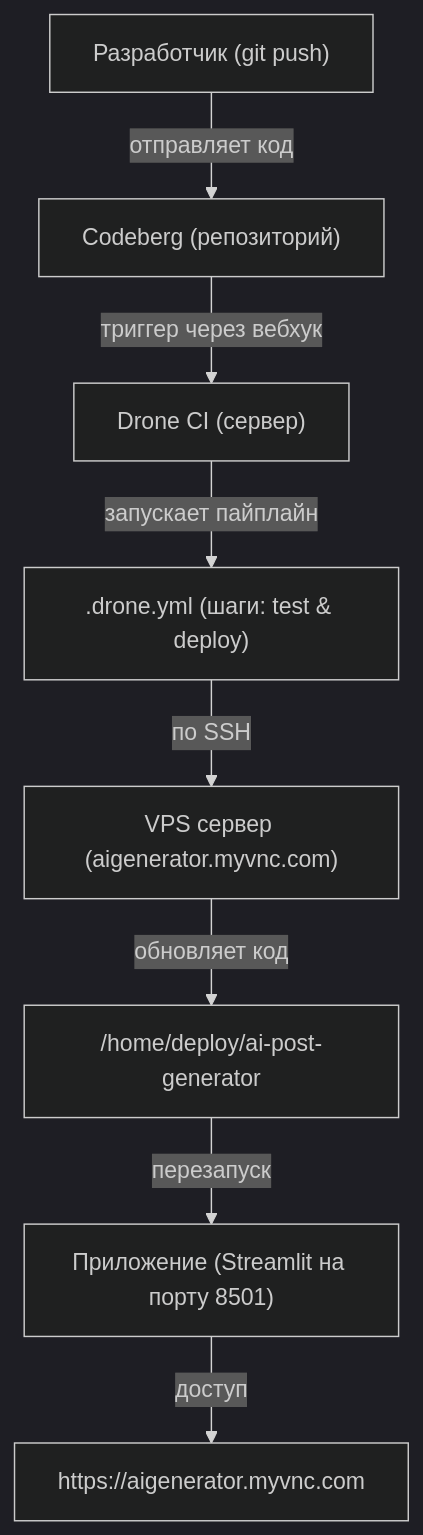
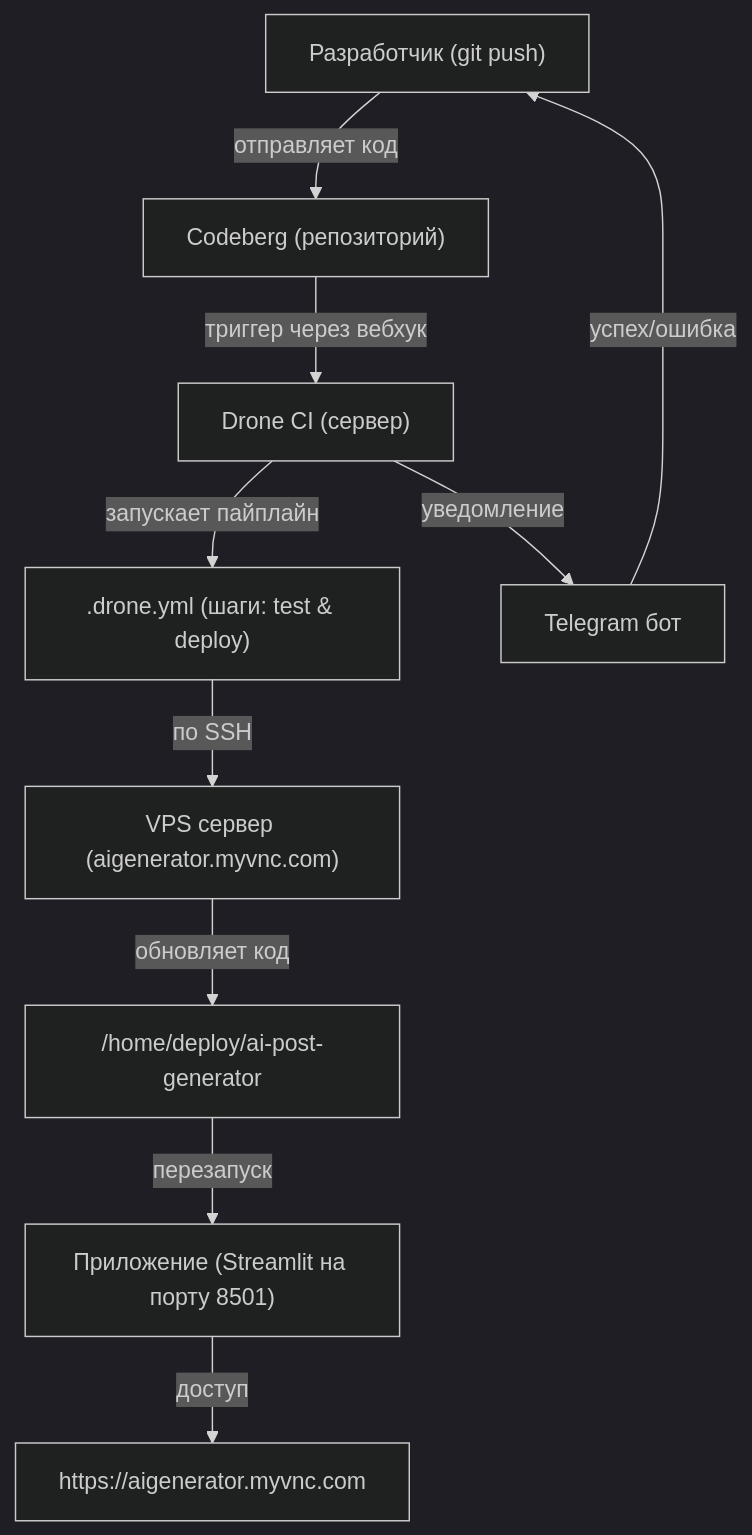
One commit to Evgen242/ai-post-generator changed the diagram in README.md. Above: the diagram before and after it, drawn with Mermaid (dark theme).

Commit message:
update
with tg bot

````diff
--- a/README.md
+++ b/README.md
@@ -3,10 +3,13 @@
 ```mermaid
 graph TD
     A["Разработчик (git push)"] -->|отправляет код| B["Codeberg (репозиторий)"]
     B -->|триггер через вебхук| C["Drone CI (сервер)"]
     C -->|запускает пайплайн| D[".drone.yml (шаги: test & deploy)"]
     D -->|по SSH| E["VPS сервер (aigenerator.myvnc.com)"]
     E -->|обновляет код| F["/home/deploy/ai-post-generator"]
     F -->|перезапуск| G["Приложение (Streamlit на порту 8501)"]
     G -->|доступ| H["https://aigenerator.myvnc.com"]
+
+    C -->|уведомление| I["Telegram бот"]
+    I -->|успех/ошибка| A
 ```
````
